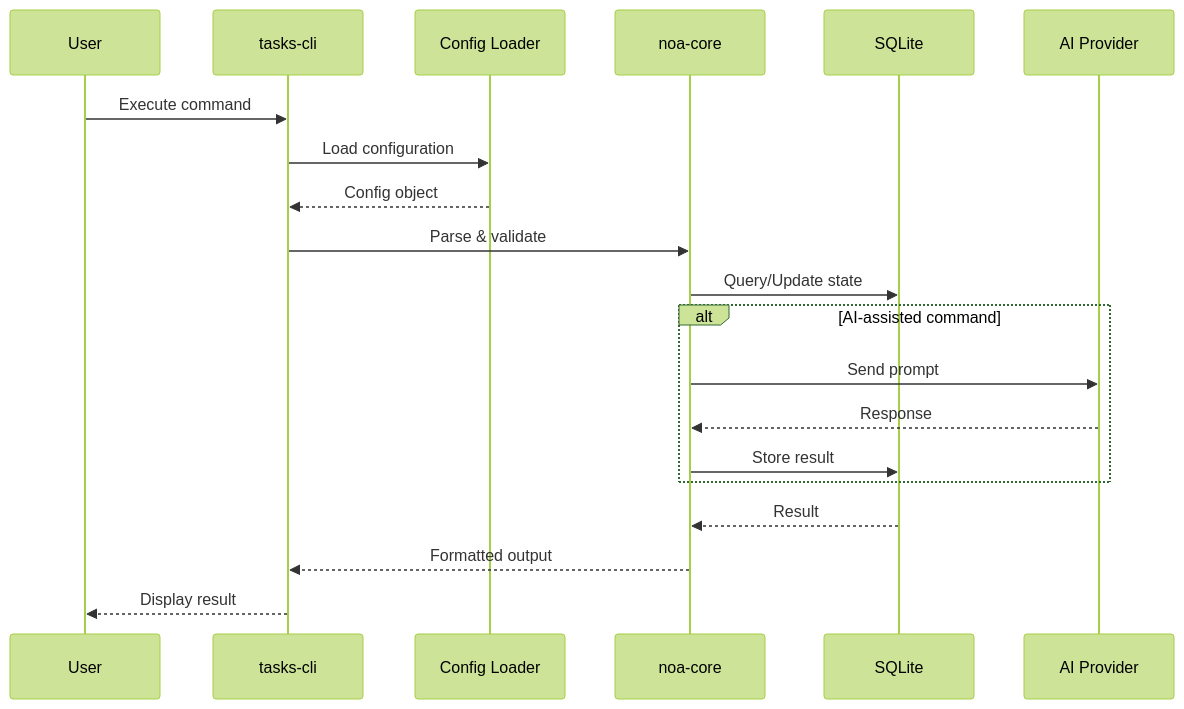
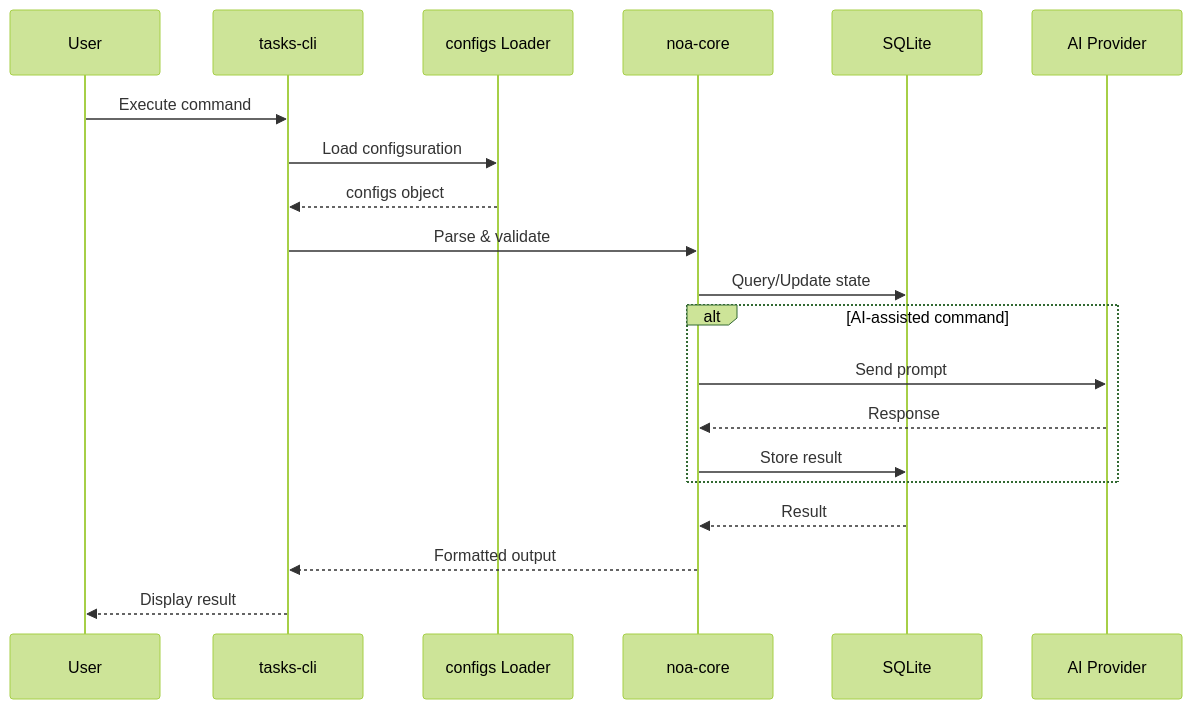
Before and after one commit to FlexNetOS/noa: the second of 8 diagrams in docs/architecture/data-flow.md, drawn with Mermaid (forest theme). The commit also changed other lines of this file and 758 other files, not shown here.

````diff
--- a/docs/architecture/data-flow.md
+++ b/docs/architecture/data-flow.md
@@ -67,25 +67,25 @@
 ```mermaid
 sequenceDiagram
     participant User
     participant CLI as tasks-cli
-    participant Config as Config Loader
+    participant configs as configs Loader
     participant Core as noa-core
     participant DB as SQLite
     participant AI as AI Provider
     
     User->>CLI: Execute command
-    CLI->>Config: Load configuration
-    Config-->>CLI: Config object
+    CLI->>configs: Load configsuration
+    configs-->>CLI: configs object
     CLI->>Core: Parse & validate
     Core->>DB: Query/Update state
     
     alt AI-assisted command
         Core->>AI: Send prompt
         AI-->>Core: Response
         Core->>DB: Store result
     end
     
     DB-->>Core: Result
     Core-->>CLI: Formatted output
     CLI-->>User: Display result
 ```
````
